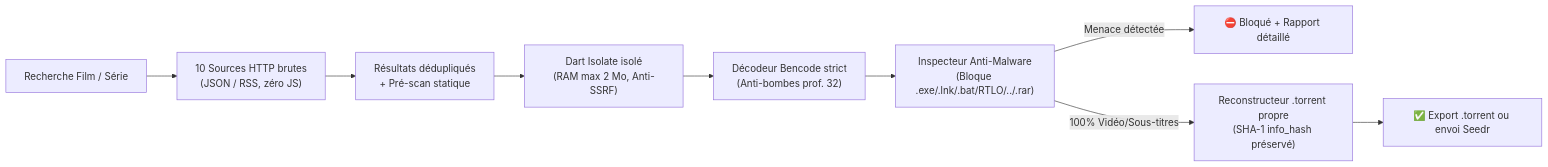
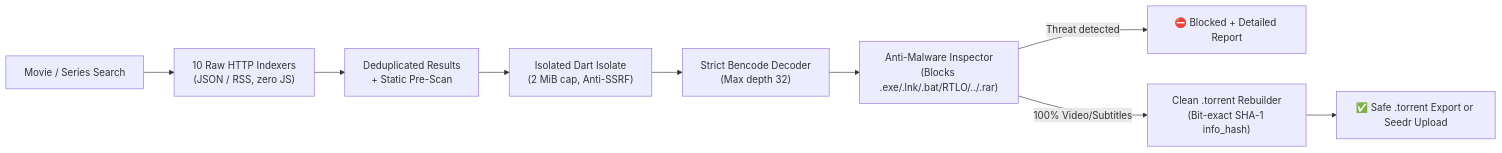
Before and after one commit to furcy75/Torrent-Finder: the diagram in README.md, drawn with Mermaid. The commit also changed other lines of this file and 20 other files, not shown here.

````diff
--- a/README.md
+++ b/README.md
@@ -81,11 +82,11 @@
 ```mermaid
 flowchart LR
-    U["Recherche Film / Série"] --> I["10 Sources HTTP brutes<br/>(JSON / RSS, zéro JS)"]
-    I --> R["Résultats dédupliqués<br/>+ Pré-scan statique"]
-    R --> W["Dart Isolate isolé<br/>(RAM max 2 Mo, Anti-SSRF)"]
-    W --> B["Décodeur Bencode strict<br/>(Anti-bombes prof. 32)"]
-    B --> S["Inspecteur Anti-Malware<br/>(Bloque .exe/.lnk/.bat/RTLO/../.rar)"]
-    S -->|Menace détectée| X["⛔ Bloqué + Rapport détaillé"]
-    S -->|100% Vidéo/Sous-titres| C["Reconstructeur .torrent propre<br/>(SHA-1 info_hash préservé)"]
-    C --> D["✅ Export .torrent ou envoi Seedr"]
+    U["Movie / Series Search"] --> I["10 Raw HTTP Indexers<br/>(JSON / RSS, zero JS)"]
+    I --> R["Deduplicated Results<br/>+ Static Pre-Scan"]
+    R --> W["Isolated Dart Isolate<br/>(2 MiB cap, Anti-SSRF)"]
+    W --> B["Strict Bencode Decoder<br/>(Max depth 32)"]
+    B --> S["Anti-Malware Inspector<br/>(Blocks .exe/.lnk/.bat/RTLO/../.rar)"]
+    S -->|Threat detected| X["⛔ Blocked + Detailed Report"]
+    S -->|100% Video/Subtitles| C["Clean .torrent Rebuilder<br/>(Bit-exact SHA-1 info_hash)"]
+    C --> D["✅ Safe .torrent Export or Seedr Upload"]
 ```
````
